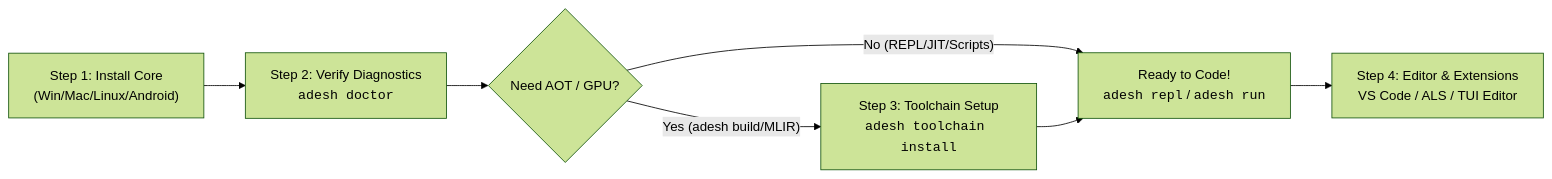
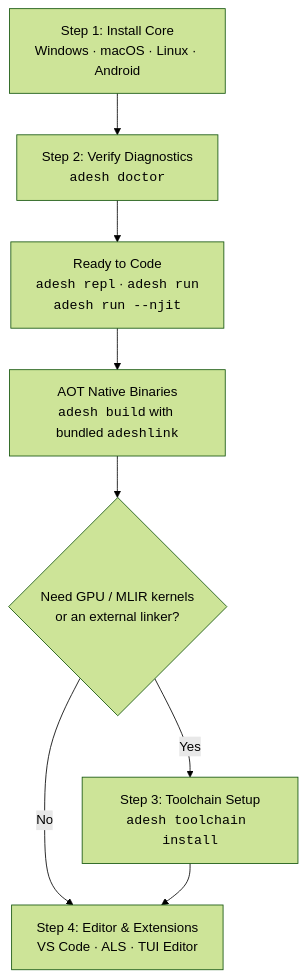
Before and after one commit to adeshlang/docs-website: the diagram in docs/install.md, drawn with Mermaid (forest theme). The commit also changed other lines of this file and 2 other files, not shown here.

Commit message:
docs: restore code block inner padding and refresh install setup flow
The stylesheet reset padding on every <code> element, but Docusaurus applies a
code block's inner padding to that element rather than the <pre>, so all fenced
blocks rendered flush against their container border.

The install page flowchart still gated AOT compilation behind the LLVM/MLIR
toolchain. Native `adesh build` uses the bundled codegen and `adeshlink`, so the
toolchain is only needed for GPU/MLIR kernels and the opt-in external-linker
path. The diagram is now top-down; the previous left-right layout scaled its
labels down to a few pixels wide at normal page widths.

````diff
--- a/docs/install.md
+++ b/docs/install.md
@@ -289,9 +289,10 @@
 ```mermaid
-flowchart LR
-    A["Step 1: Install Core<br/>(Win/Mac/Linux/Android)"] --> B["Step 2: Verify Diagnostics<br/><code>adesh doctor</code>"]
-    B --> C{"Need AOT / GPU?"}
-    C -- "No (REPL/JIT/Scripts)" --> D["Ready to Code!<br/><code>adesh repl</code> / <code>adesh run</code>"]
-    C -- "Yes (adesh build/MLIR)" --> E["Step 3: Toolchain Setup<br/><code>adesh toolchain install</code>"]
-    E --> D
-    D --> F["Step 4: Editor & Extensions<br/>VS Code / ALS / TUI Editor"]
+flowchart TD
+    A["Step 1: Install Core<br/>Windows · macOS · Linux · Android"] --> B["Step 2: Verify Diagnostics<br/><code>adesh doctor</code>"]
+    B --> D["Ready to Code<br/><code>adesh repl</code> · <code>adesh run</code><br/><code>adesh run --njit</code>"]
+    D --> G["AOT Native Binaries<br/><code>adesh build</code> with bundled <code>adeshlink</code>"]
+    G --> C{"Need GPU / MLIR kernels<br/>or an external linker?"}
+    C -- "No" --> F["Step 4: Editor & Extensions<br/>VS Code · ALS · TUI Editor"]
+    C -- "Yes" --> E["Step 3: Toolchain Setup<br/><code>adesh toolchain install</code>"]
+    E --> F
 ```
````
